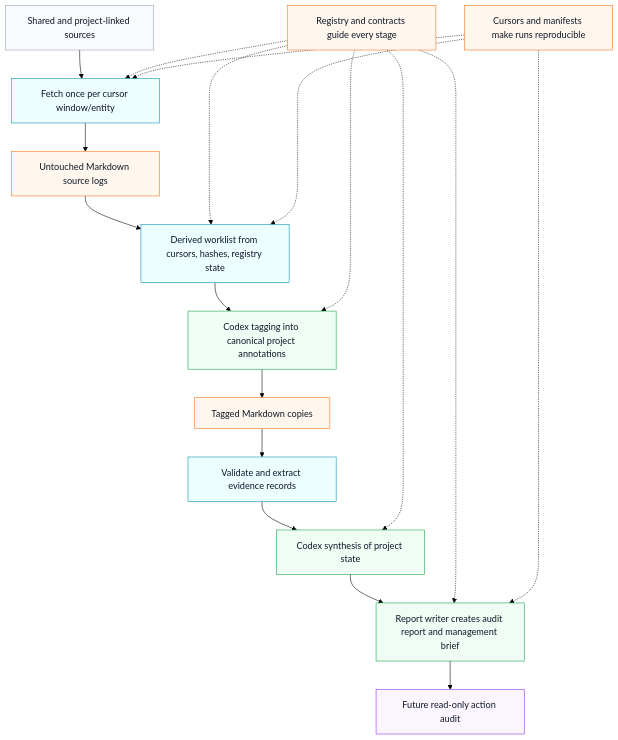
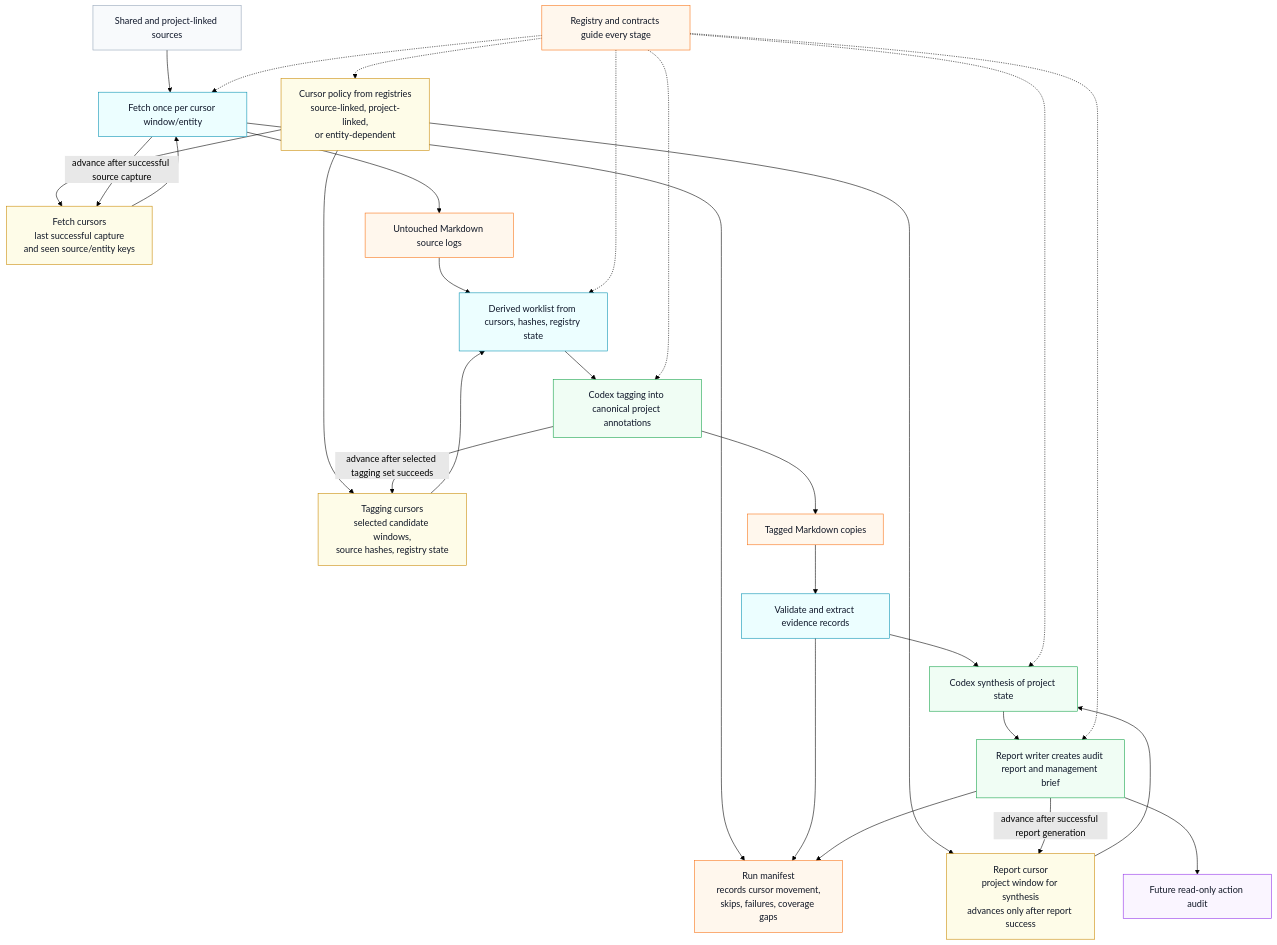
Before and after one commit to utkarsh-aistudio-ae/state-of-project-codex: the second of 4 diagrams in architecture-modular.md, drawn with Mermaid (forest theme). The commit also changed other lines of this file, not shown here.

Commit message:
Expand modular architecture diagrams

````diff
--- a/architecture-modular.md
+++ b/architecture-modular.md
@@ -121,42 +121,56 @@
 ```mermaid
 flowchart TB
   classDef source fill:#f8fafc,stroke:#94a3b8,color:#0f172a
   classDef deterministic fill:#ecfeff,stroke:#0891b2,color:#0f172a
   classDef codex fill:#f0fdf4,stroke:#16a34a,color:#0f172a
   classDef artifact fill:#fff7ed,stroke:#f97316,color:#111827
+  classDef cursor fill:#fefce8,stroke:#ca8a04,color:#111827
   classDef future fill:#faf5ff,stroke:#9333ea,color:#111827
 
   Sources["Shared and project-linked sources"]:::source
+  CursorPolicy["Cursor policy from registries<br/>source-linked, project-linked,<br/>or entity-dependent"]:::cursor
+  FetchCursor["Fetch cursors<br/>last successful capture<br/>and seen source/entity keys"]:::cursor
   Fetch["Fetch once per cursor window/entity"]:::deterministic
   Untouched["Untouched Markdown source logs"]:::artifact
+  TagCursor["Tagging cursors<br/>selected candidate windows,<br/>source hashes, registry state"]:::cursor
   Worklist["Derived worklist from cursors, hashes, registry state"]:::deterministic
   Tag["Codex tagging into canonical project annotations"]:::codex
   Tagged["Tagged Markdown copies"]:::artifact
   Extract["Validate and extract evidence records"]:::deterministic
+  ReportCursor["Report cursor<br/>project window for synthesis<br/>advances only after report success"]:::cursor
   Synthesize["Codex synthesis of project state"]:::codex
   Report["Report writer creates audit report and management brief"]:::codex
+  Manifest["Run manifest<br/>records cursor movement,<br/>skips, failures, coverage gaps"]:::artifact
   Actions["Future read-only action audit"]:::future
 
+  CursorPolicy --> FetchCursor
+  CursorPolicy --> TagCursor
+  CursorPolicy --> ReportCursor
   Sources --> Fetch
+  FetchCursor --> Fetch
   Fetch --> Untouched
+  Fetch --> Manifest
+  Fetch -->|"advance after successful source capture"| FetchCursor
   Untouched --> Worklist
+  TagCursor --> Worklist
   Worklist --> Tag
   Tag --> Tagged
+  Tag -->|"advance after selected tagging set succeeds"| TagCursor
   Tagged --> Extract
+  Extract --> Manifest
+  ReportCursor --> Synthesize
   Extract --> Synthesize
   Synthesize --> Report
+  Report --> Manifest
+  Report -->|"advance after successful report generation"| ReportCursor
   Report --> Actions
 
   Registry["Registry and contracts guide every stage"]:::artifact
-  RuntimeState["Cursors and manifests make runs reproducible"]:::artifact
 
+  Registry -.-> CursorPolicy
   Registry -.-> Fetch
   Registry -.-> Worklist
   Registry -.-> Tag
   Registry -.-> Synthesize
   Registry -.-> Report
-
-  RuntimeState -.-> Fetch
-  RuntimeState -.-> Worklist
-  RuntimeState -.-> Report
 ```
````
